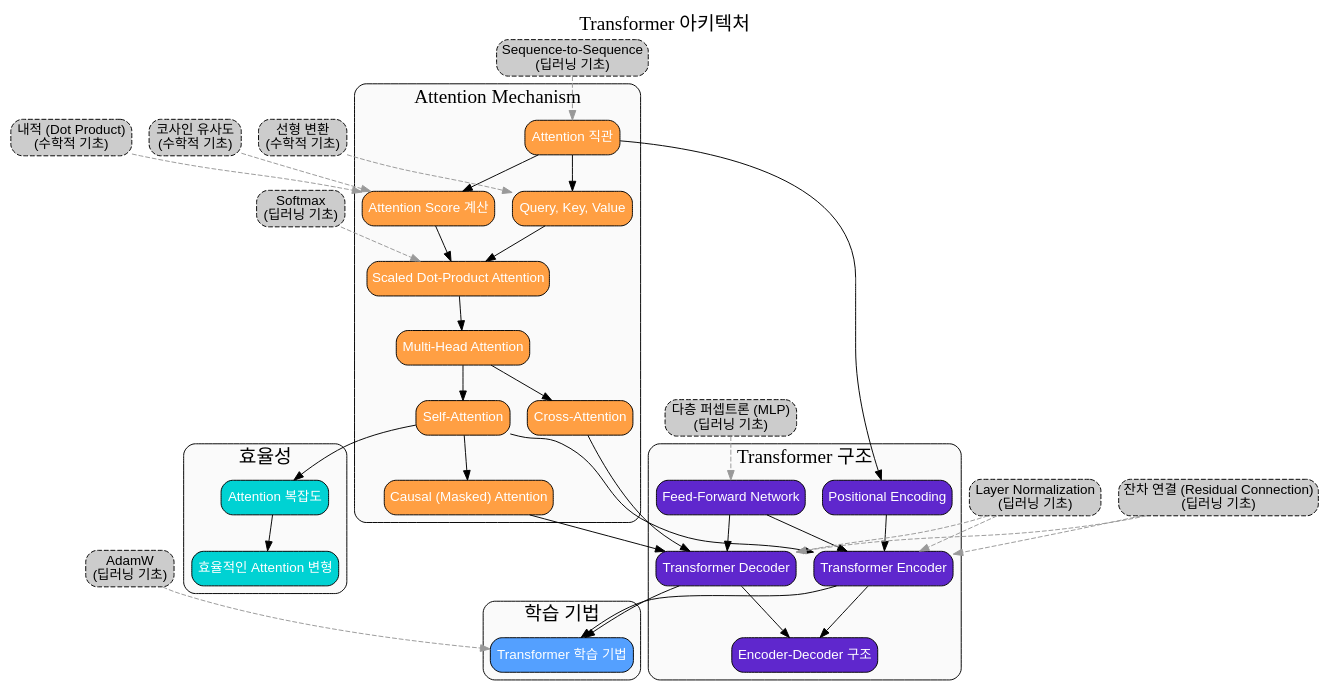
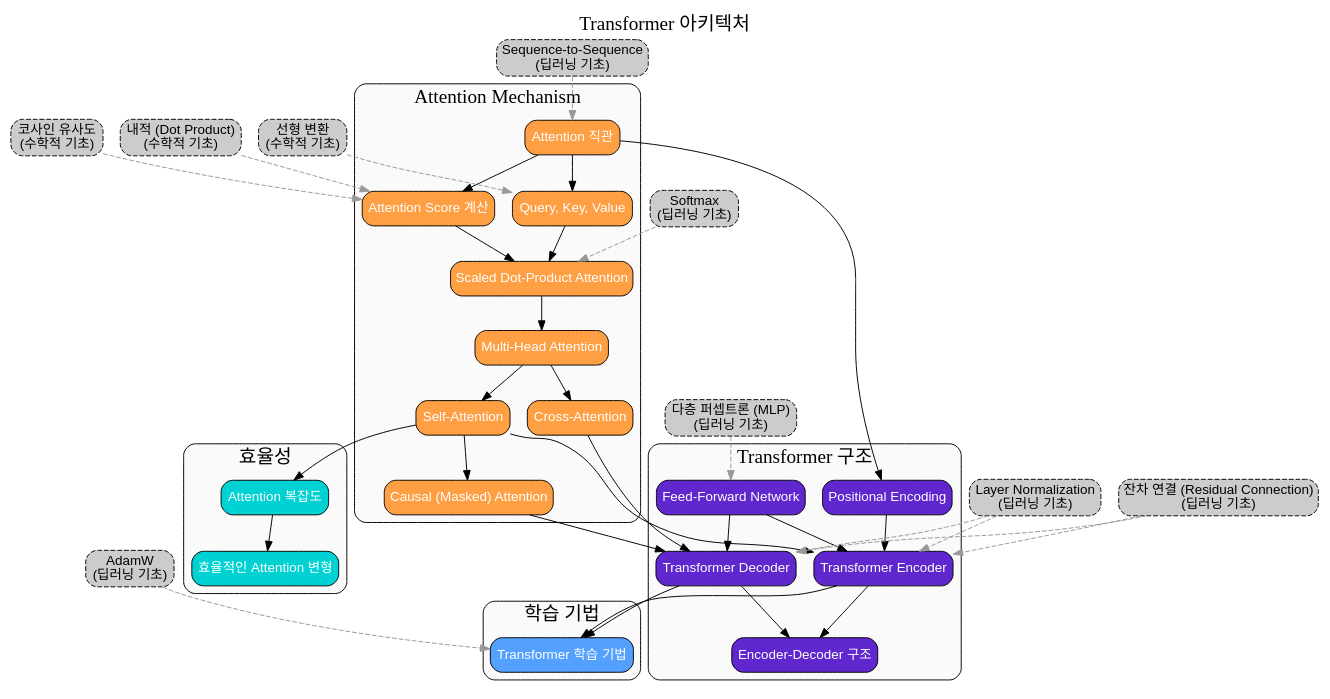
One commit to not-for-me/ai-learning-graph changed the diagram in outputs/transformer_graph.dot. Above: the diagram before and after it, drawn with Graphviz. The commit also changed other lines of this file and 21 other files, not shown here.

```diff
--- a/outputs/transformer_graph.dot
+++ b/outputs/transformer_graph.dot
@@ -1,93 +1,93 @@
 digraph transformer {
     rankdir=TB;
     node [shape=box, style="rounded,filled", fontname="Arial"];
     edge [fontname="Arial"];
     label="Transformer 아키텍처";
     labelloc=t;
     fontsize=20;
+
+    subgraph cluster_transformer_architecture {
+        label="Transformer 구조";
+        style=rounded;
+        bgcolor="#fafafa";
+        transformer_positional_encoding [label="Positional Encoding", fillcolor="#5F27CD", fontcolor="white"];
+        transformer_feed_forward [label="Feed-Forward Network", fillcolor="#5F27CD", fontcolor="white"];
+        transformer_transformer_encoder [label="Transformer Encoder", fillcolor="#5F27CD", fontcolor="white"];
+        transformer_transformer_decoder [label="Transformer Decoder", fillcolor="#5F27CD", fontcolor="white"];
+        transformer_encoder_decoder [label="Encoder-Decoder 구조", fillcolor="#5F27CD", fontcolor="white"];
+    }
+
+    subgraph cluster_transformer_training {
+        label="학습 기법";
+        style=rounded;
+        bgcolor="#fafafa";
+        transformer_transformer_training [label="Transformer 학습 기법", fillcolor="#54A0FF", fontcolor="white"];
+    }
 
     subgraph cluster_transformer_efficiency {
         label="효율성";
         style=rounded;
         bgcolor="#fafafa";
         transformer_attention_complexity [label="Attention 복잡도", fillcolor="#00D2D3", fontcolor="white"];
         transformer_efficient_attention [label="효율적인 Attention 변형", fillcolor="#00D2D3", fontcolor="white"];
     }
 
     subgraph cluster_transformer_attention {
         label="Attention Mechanism";
         style=rounded;
         bgcolor="#fafafa";
         transformer_attention_intuition [label="Attention 직관", fillcolor="#FF9F43", fontcolor="white"];
         transformer_attention_score [label="Attention Score 계산", fillcolor="#FF9F43", fontcolor="white"];
         transformer_query_key_value [label="Query, Key, Value", fillcolor="#FF9F43", fontcolor="white"];
         transformer_scaled_dot_product [label="Scaled Dot-Product Attention", fillcolor="#FF9F43", fontcolor="white"];
         transformer_multi_head_attention [label="Multi-Head Attention", fillcolor="#FF9F43", fontcolor="white"];
         transformer_self_attention [label="Self-Attention", fillcolor="#FF9F43", fontcolor="white"];
         transformer_cross_attention [label="Cross-Attention", fillcolor="#FF9F43", fontcolor="white"];
         transformer_causal_attention [label="Causal (Masked) Attention", fillcolor="#FF9F43", fontcolor="white"];
     }
 
-    subgraph cluster_transformer_training {
-        label="학습 기법";
-        style=rounded;
-        bgcolor="#fafafa";
-        transformer_transformer_training [label="Transformer 학습 기법", fillcolor="#54A0FF", fontcolor="white"];
-    }
-
-    subgraph cluster_transformer_architecture {
-        label="Transformer 구조";
-        style=rounded;
-        bgcolor="#fafafa";
-        transformer_positional_encoding [label="Positional Encoding", fillcolor="#5F27CD", fontcolor="white"];
-        transformer_feed_forward [label="Feed-Forward Network", fillcolor="#5F27CD", fontcolor="white"];
-        transformer_transformer_encoder [label="Transformer Encoder", fillcolor="#5F27CD", fontcolor="white"];
-        transformer_transformer_decoder [label="Transformer Decoder", fillcolor="#5F27CD", fontcolor="white"];
-        transformer_encoder_decoder [label="Encoder-Decoder 구조", fillcolor="#5F27CD", fontcolor="white"];
-    }
-
     // External dependencies
+    math_foundations_cosine_similarity [label="코사인 유사도\n(수학적 기초)", fillcolor="#cccccc", style="rounded,filled,dashed"];
+    deep_learning_layer_normalization [label="Layer Normalization\n(딥러닝 기초)", fillcolor="#cccccc", style="rounded,filled,dashed"];
     deep_learning_softmax [label="Softmax\n(딥러닝 기초)", fillcolor="#cccccc", style="rounded,filled,dashed"];
     deep_learning_seq2seq [label="Sequence-to-Sequence\n(딥러닝 기초)", fillcolor="#cccccc", style="rounded,filled,dashed"];
     deep_learning_mlp [label="다층 퍼셉트론 (MLP)\n(딥러닝 기초)", fillcolor="#cccccc", style="rounded,filled,dashed"];
+    deep_learning_residual_connection [label="잔차 연결 (Residual Connection)\n(딥러닝 기초)", fillcolor="#cccccc", style="rounded,filled,dashed"];
+    math_foundations_linear_transformation [label="선형 변환\n(수학적 기초)", fillcolor="#cccccc", style="rounded,filled,dashed"];
+    deep_learning_adamw [label="AdamW\n(딥러닝 기초)", fillcolor="#cccccc", style="rounded,filled,dashed"];
     math_foundations_dot_product [label="내적 (Dot Product)\n(수학적 기초)", fillcolor="#cccccc", style="rounded,filled,dashed"];
-    deep_learning_layer_normalization [label="Layer Normalization\n(딥러닝 기초)", fillcolor="#cccccc", style="rounded,filled,dashed"];
-    deep_learning_adamw [label="AdamW\n(딥러닝 기초)", fillcolor="#cccccc", style="rounded,filled,dashed"];
-    deep_learning_residual_connection [label="잔차 연결 (Residual Connection)\n(딥러닝 기초)", fillcolor="#cccccc", style="rounded,filled,dashed"];
-    math_foundations_cosine_similarity [label="코사인 유사도\n(수학적 기초)", fillcolor="#cccccc", style="rounded,filled,dashed"];
-    math_foundations_linear_transformation [label="선형 변환\n(수학적 기초)", fillcolor="#cccccc", style="rounded,filled,dashed"];
 
     // Edges
     deep_learning_seq2seq -> transformer_attention_intuition [style=dashed, color="#999999"];
     transformer_attention_intuition -> transformer_attention_score;
     math_foundations_dot_product -> transformer_attention_score [style=dashed, color="#999999"];
     math_foundations_cosine_similarity -> transformer_attention_score [style=dashed, color="#999999"];
     transformer_attention_intuition -> transformer_query_key_value;
     math_foundations_linear_transformation -> transformer_query_key_value [style=dashed, color="#999999"];
     transformer_attention_score -> transformer_scaled_dot_product;
     transformer_query_key_value -> transformer_scaled_dot_product;
     deep_learning_softmax -> transformer_scaled_dot_product [style=dashed, color="#999999"];
     transformer_scaled_dot_product -> transformer_multi_head_attention;
     transformer_multi_head_attention -> transformer_self_attention;
     transformer_multi_head_attention -> transformer_cross_attention;
     transformer_self_attention -> transformer_causal_attention;
     transformer_attention_intuition -> transformer_positional_encoding;
     deep_learning_mlp -> transformer_feed_forward [style=dashed, color="#999999"];
     transformer_self_attention -> transformer_transformer_encoder;
     transformer_feed_forward -> transformer_transformer_encoder;
     transformer_positional_encoding -> transformer_transformer_encoder;
     deep_learning_layer_normalization -> transformer_transformer_encoder [style=dashed, color="#999999"];
     deep_learning_residual_connection -> transformer_transformer_encoder [style=dashed, color="#999999"];
     transformer_causal_attention -> transformer_transformer_decoder;
     transformer_cross_attention -> transformer_transformer_decoder;
     transformer_feed_forward -> transformer_transformer_decoder;
     deep_learning_layer_normalization -> transformer_transformer_decoder [style=dashed, color="#999999"];
     deep_learning_residual_connection -> transformer_transformer_decoder [style=dashed, color="#999999"];
     transformer_transformer_encoder -> transformer_encoder_decoder;
     transformer_transformer_decoder -> transformer_encoder_decoder;
     transformer_self_attention -> transformer_attention_complexity;
     transformer_attention_complexity -> transformer_efficient_attention;
     transformer_transformer_encoder -> transformer_transformer_training;
     transformer_transformer_decoder -> transformer_transformer_training;
     deep_learning_adamw -> transformer_transformer_training [style=dashed, color="#999999"];
 }
```
